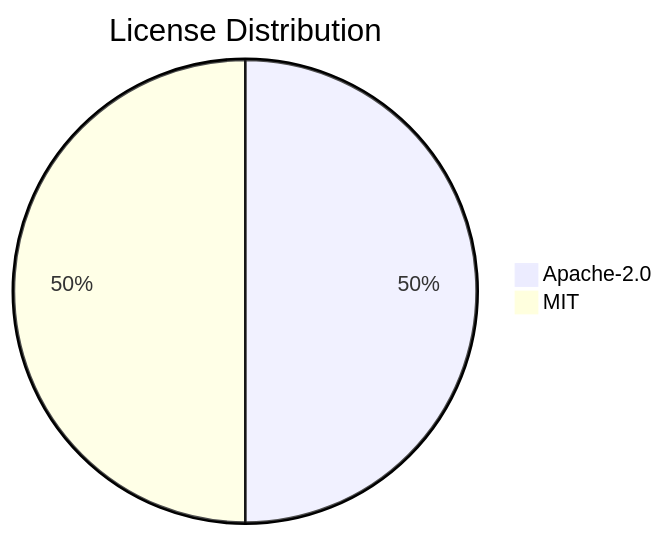
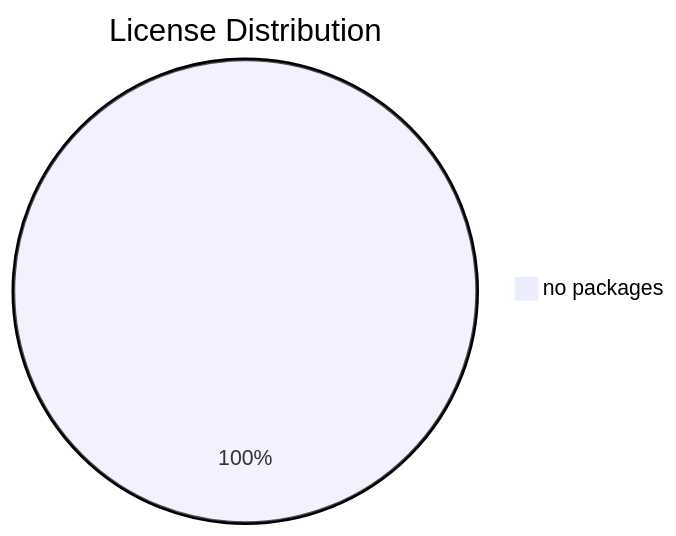
The diagram in .shipwright/compliance/sbom.md (svenroth-ai/shipwright), drawn with Mermaid before and after one commit. The commit also changed other lines of this file and 14 other files, not shown here.

````diff
--- a/.shipwright/compliance/sbom.md
+++ b/.shipwright/compliance/sbom.md
@@ -17,5 +17,4 @@
 ```mermaid
 pie title License Distribution
-    "Apache-2.0" : 2
-    "MIT" : 2
+    "no packages" : 1
 ```
````
